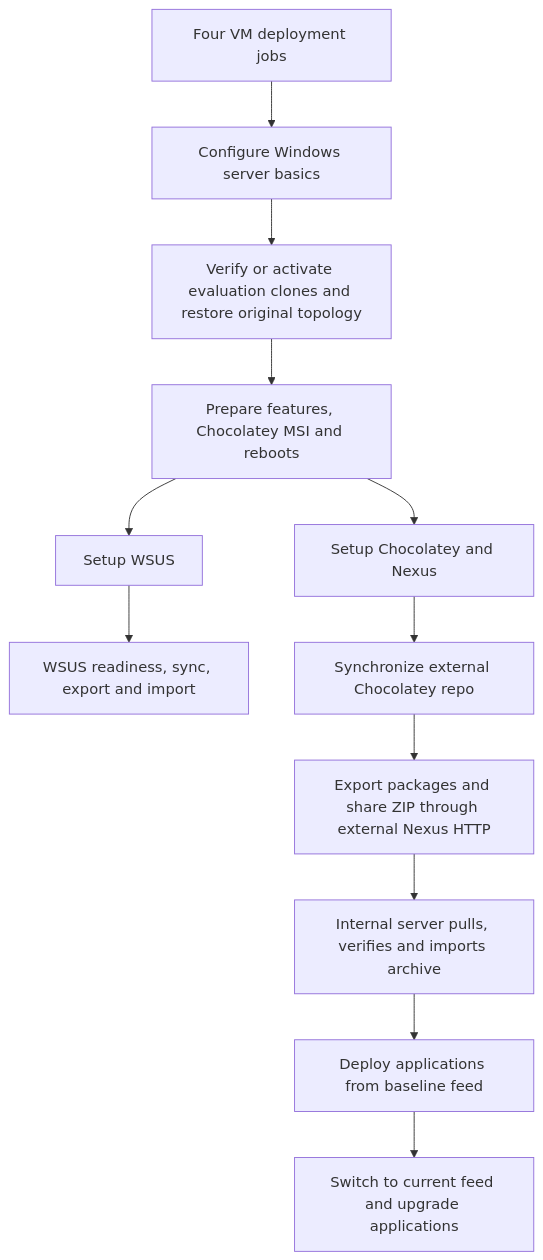
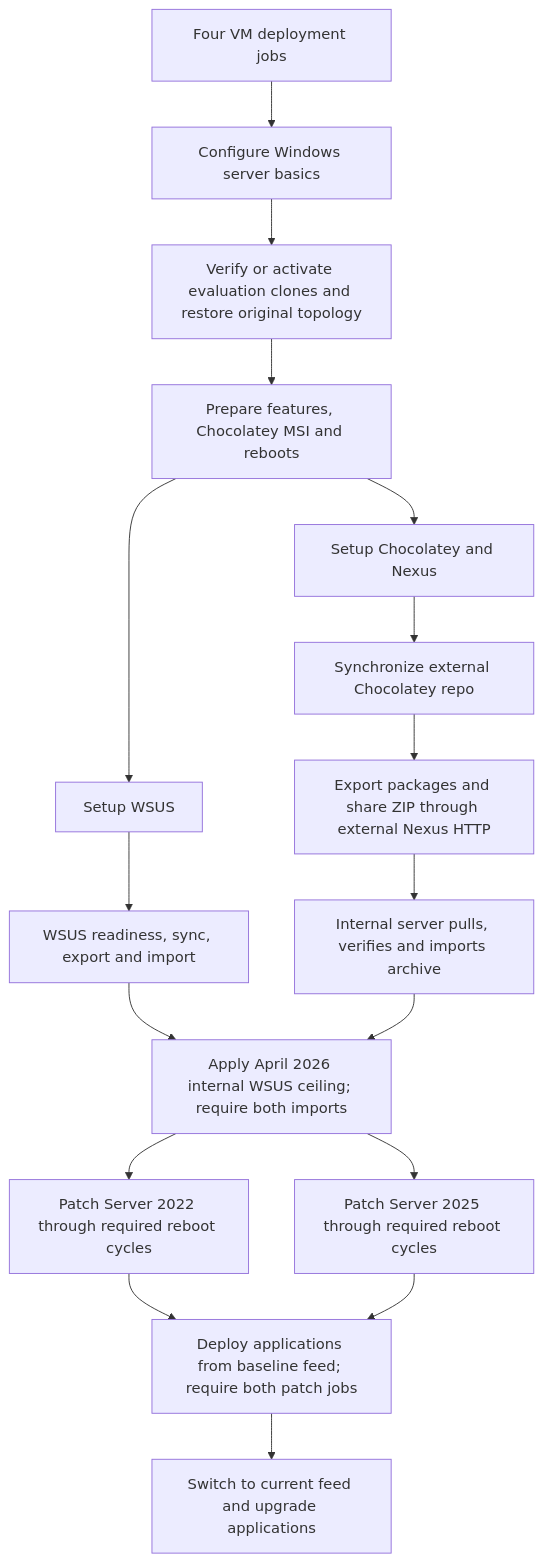
One commit to kvegh/disconnected-windows-patching changed the diagram in docs/application-deployment.md. Above: the diagram before and after it, drawn with Mermaid. The commit also changed other lines of this file and 5 other files, not shown here.

````diff
--- a/docs/application-deployment.md
+++ b/docs/application-deployment.md
@@ -24,14 +24,19 @@
 ```mermaid
 flowchart TD
     V[Four VM deployment jobs] --> B[Configure Windows server basics]
     B --> A[Verify or activate evaluation clones and restore original topology]
     A --> P[Prepare features, Chocolatey MSI and reboots]
     P --> W[Setup WSUS]
     P --> C[Setup Chocolatey and Nexus]
     W --> WP[WSUS readiness, sync, export and import]
     C --> S[Synchronize external Chocolatey repo]
     S --> E[Export packages and share ZIP through external Nexus HTTP]
     E --> I[Internal server pulls, verifies and imports archive]
-    I --> O[Deploy applications from baseline feed]
+    WP --> M[Apply April 2026 internal WSUS ceiling; require both imports]
+    I --> M
+    M --> P22[Patch Server 2022 through required reboot cycles]
+    M --> P25[Patch Server 2025 through required reboot cycles]
+    P22 --> O[Deploy applications from baseline feed; require both patch jobs]
+    P25 --> O
     O --> U[Switch to current feed and upgrade applications]
 ```
````
